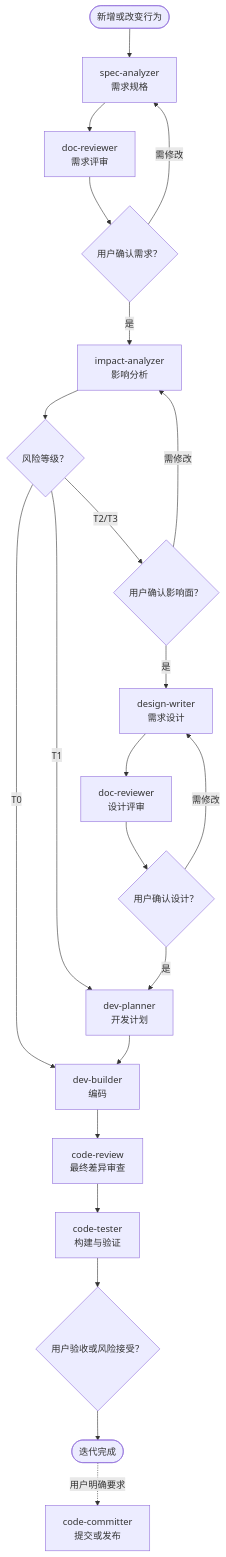
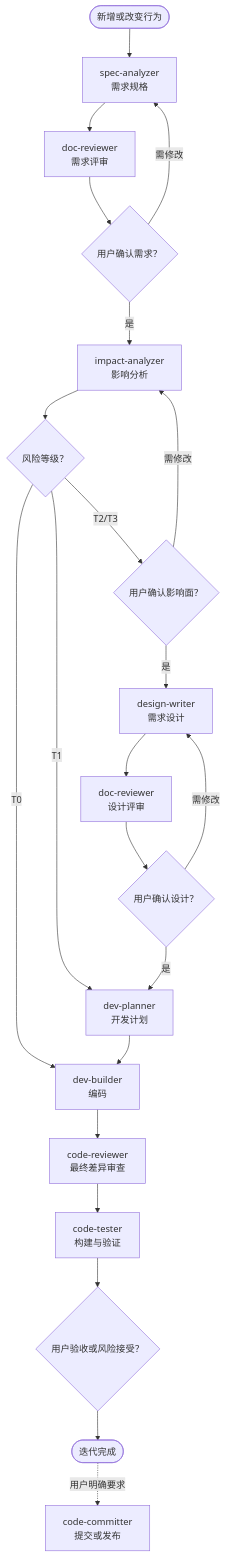
Before and after one commit to Herxinsasa/DevFlow: the first of 3 diagrams in README.md, drawn with Mermaid. The commit also changed other lines of this file and 13 other files, not shown here.

````diff
--- a/README.md
+++ b/README.md
@@ -109,24 +109,24 @@
 ```mermaid
 flowchart TB
     START(["新增或改变行为"]) --> SPEC["spec-analyzer<br/>需求规格"]
     SPEC --> DR1["doc-reviewer<br/>需求评审"]
     DR1 --> SC{"用户确认需求？"}
     SC -->|需修改| SPEC
     SC -->|是| IMP["impact-analyzer<br/>影响分析"]
     IMP --> TIER{"风险等级？"}
     TIER -->|T0| BUILD["dev-builder<br/>编码"]
     TIER -->|T1| PLAN["dev-planner<br/>开发计划"]
     TIER -->|T2/T3| IC{"用户确认影响面？"}
     IC -->|需修改| IMP
     IC -->|是| DESIGN["design-writer<br/>需求设计"]
     DESIGN --> DR2["doc-reviewer<br/>设计评审"]
     DR2 --> DC{"用户确认设计？"}
     DC -->|需修改| DESIGN
     DC -->|是| PLAN
     PLAN --> BUILD
-    BUILD --> RV["code-review<br/>最终差异审查"]
+    BUILD --> RV["code-reviewer<br/>最终差异审查"]
     RV --> TV["code-tester<br/>构建与验证"]
     TV --> UV{"用户验收或风险接受？"}
     UV --> DONE(["迭代完成"])
     DONE -.->|用户明确要求| CC["code-committer<br/>提交或发布"]
 ```
````
